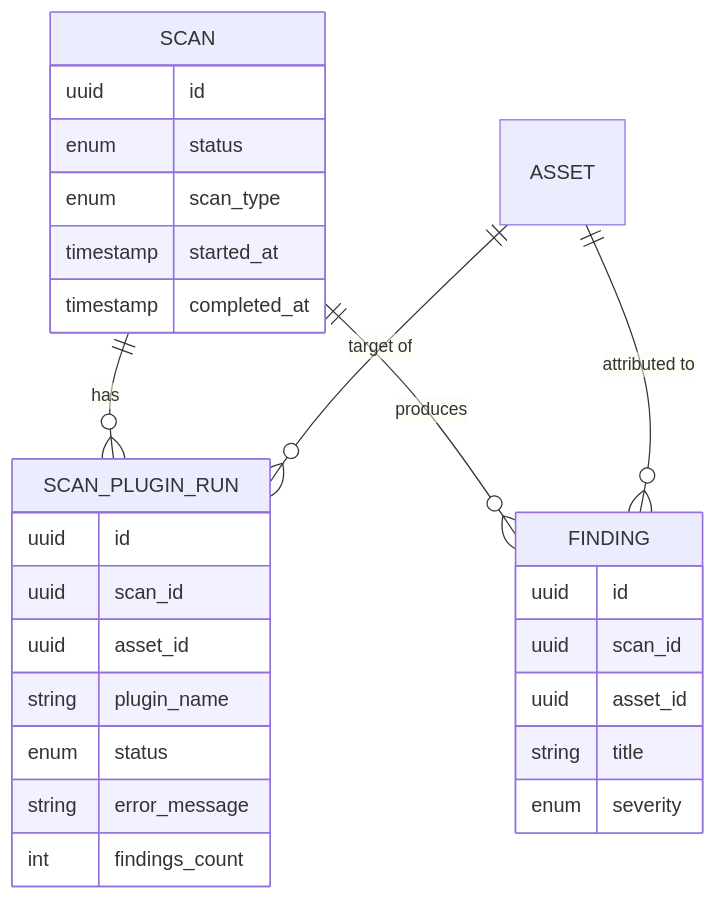
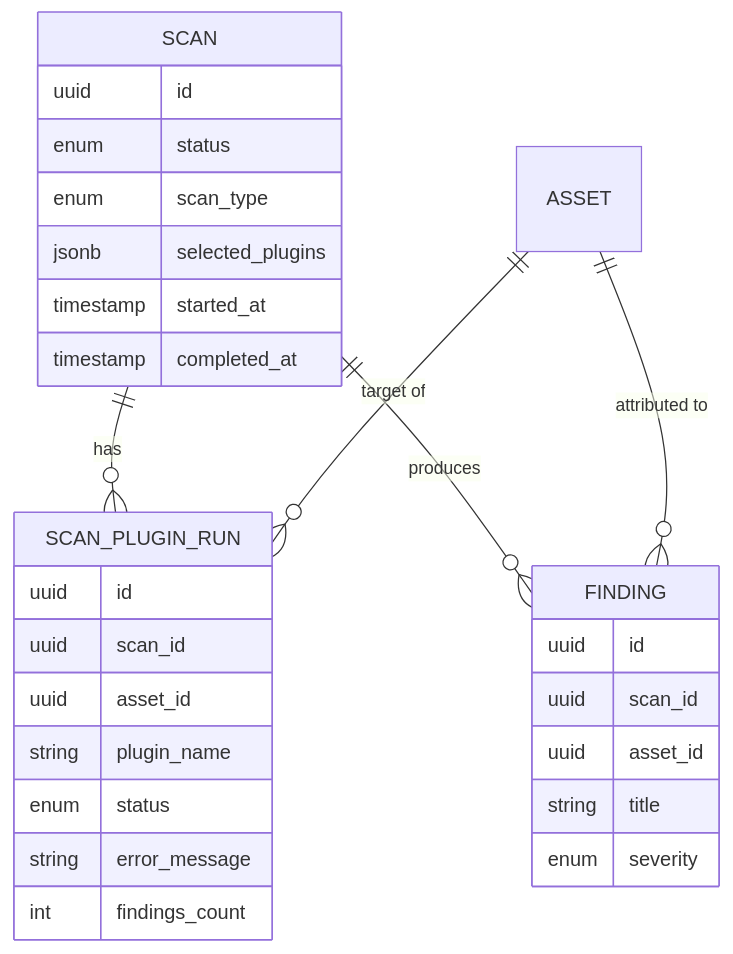
One commit to notjiji/Sandbox changed the sixth of 8 diagrams in docs/scan-engine.md. Above: the diagram before and after it, drawn with Mermaid. The commit also changed other lines of this file and 16 other files, not shown here.

````diff
--- a/docs/scan-engine.md
+++ b/docs/scan-engine.md
@@ -307,33 +342,34 @@
 ```mermaid
 erDiagram
     SCAN ||--o{ SCAN_PLUGIN_RUN : has
     SCAN ||--o{ FINDING : produces
     ASSET ||--o{ SCAN_PLUGIN_RUN : "target of"
     ASSET ||--o{ FINDING : "attributed to"
 
     SCAN {
         uuid id
         enum status
         enum scan_type
+        jsonb selected_plugins
         timestamp started_at
         timestamp completed_at
     }
 
     SCAN_PLUGIN_RUN {
         uuid id
         uuid scan_id
         uuid asset_id
         string plugin_name
         enum status
         string error_message
         int findings_count
     }
 
     FINDING {
         uuid id
         uuid scan_id
         uuid asset_id
         string title
         enum severity
     }
 ```
````
